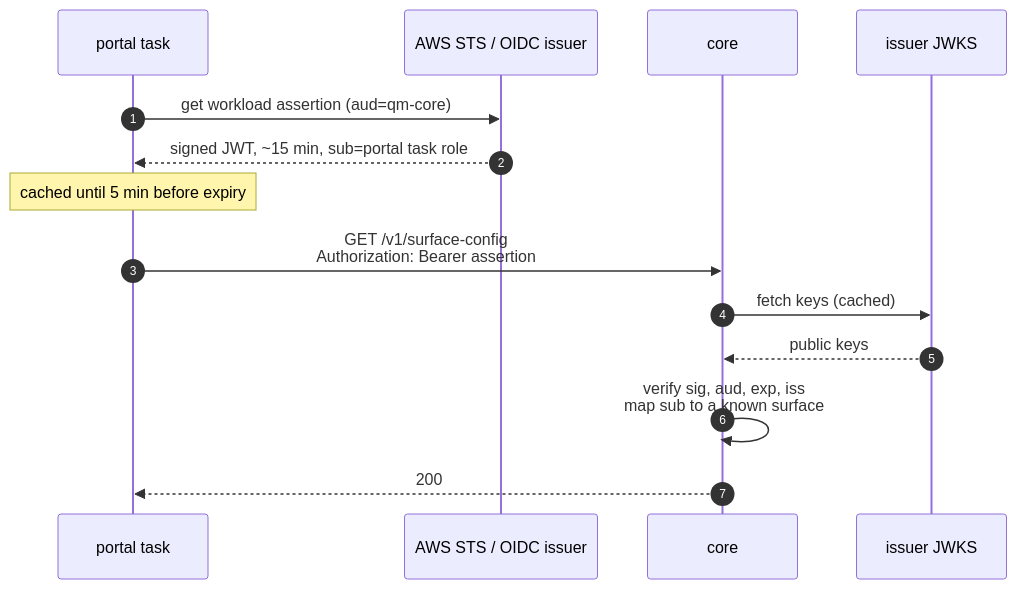
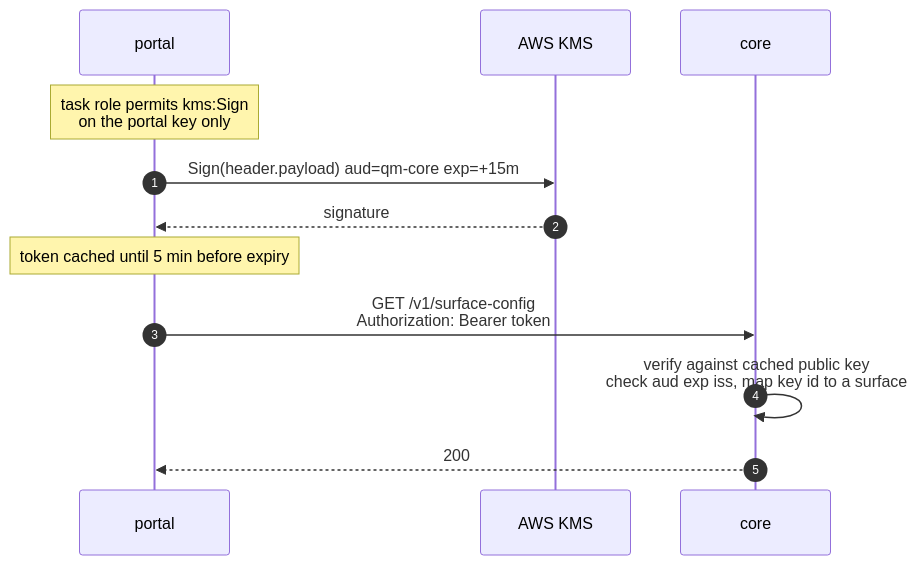
One commit to agentsky/qm changed the fourth of 5 diagrams in docs/secretless.md. Above: the diagram before and after it, drawn with Mermaid. The commit also changed other lines of this file, not shown here.

````diff
--- a/docs/secretless.md
+++ b/docs/secretless.md
@@ -260,17 +286,15 @@
 ```mermaid
 sequenceDiagram
   autonumber
-  participant P as portal task
-  participant STS as AWS STS / OIDC issuer
+  participant P as portal
+  participant KMS as AWS KMS
   participant Core as core
-  participant JWKS as issuer JWKS
 
-  P->>STS: get workload assertion (aud=qm-core)
-  STS-->>P: signed JWT, ~15 min, sub=portal task role
-  Note over P: cached until 5 min before expiry
-  P->>Core: GET /v1/surface-config<br/>Authorization: Bearer assertion
-  Core->>JWKS: fetch keys (cached)
-  JWKS-->>Core: public keys
-  Core->>Core: verify sig, aud, exp, iss<br/>map sub to a known surface
+  Note over P: task role permits kms:Sign<br/>on the portal key only
+  P->>KMS: Sign(header.payload) aud=qm-core exp=+15m
+  KMS-->>P: signature
+  Note over P: token cached until 5 min before expiry
+  P->>Core: GET /v1/surface-config<br/>Authorization: Bearer token
+  Core->>Core: verify against cached public key<br/>check aud exp iss, map key id to a surface
   Core-->>P: 200
 ```
````
